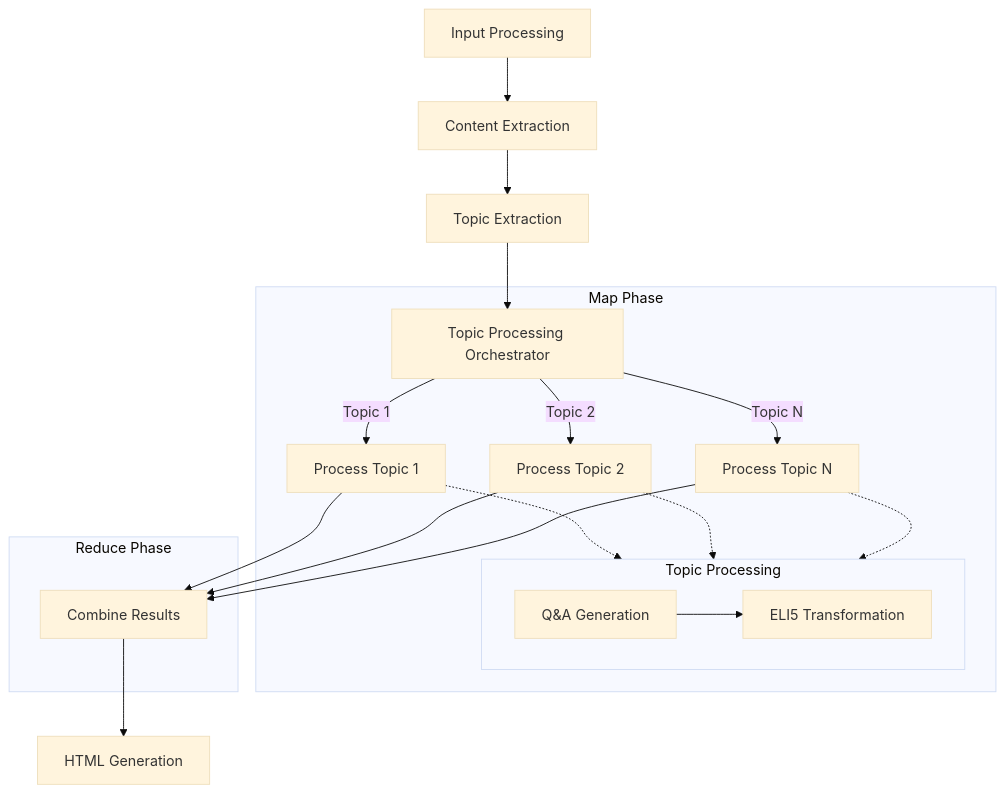
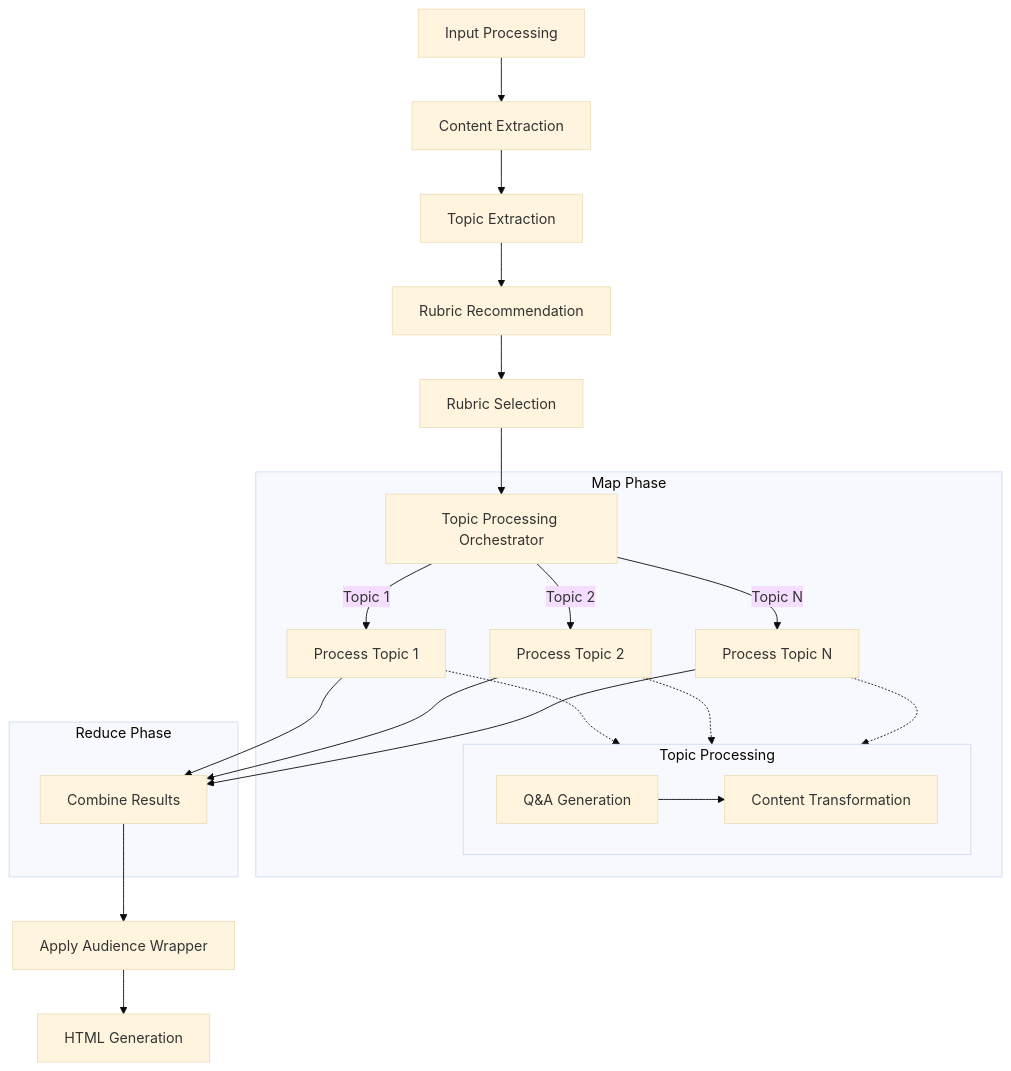
One commit to Kjdragan/pf1 changed the diagram in docs/design.md. Above: the diagram before and after it, drawn with Mermaid (base theme). The commit also changed other lines of this file, not shown here.

````diff
--- a/docs/design.md
+++ b/docs/design.md
@@ -39,28 +47,31 @@
 ```mermaid
 flowchart TD
     inputNode[Input Processing] --> extractNode[Content Extraction]
     extractNode --> topicNode[Topic Extraction]
-    topicNode --> orchestratorNode[Topic Processing Orchestrator]
+    topicNode --> rubricRecNode[Rubric Recommendation]
+    rubricRecNode --> rubricSelNode[Rubric Selection]
+    rubricSelNode --> orchestratorNode[Topic Processing Orchestrator]
     
     subgraph mapPhase[Map Phase]
         orchestratorNode --> |Topic 1| process1[Process Topic 1]
         orchestratorNode --> |Topic 2| process2[Process Topic 2]
         orchestratorNode --> |Topic N| process3[Process Topic N]
         
         subgraph topicProcess[Topic Processing]
-            qa[Q&A Generation] --> eli5[ELI5 Transformation]
+            qa[Q&A Generation] --> transform[Content Transformation]
         end
         
         process1 -.-> topicProcess
         process2 -.-> topicProcess
         process3 -.-> topicProcess
     end
     
     subgraph reducePhase[Reduce Phase]
         process1 --> combineResults[Combine Results]
         process2 --> combineResults
         process3 --> combineResults
     end
     
-    combineResults --> htmlNode[HTML Generation]
+    combineResults --> audienceNode[Apply Audience Wrapper]
+    audienceNode --> htmlNode[HTML Generation]
 ```
````
